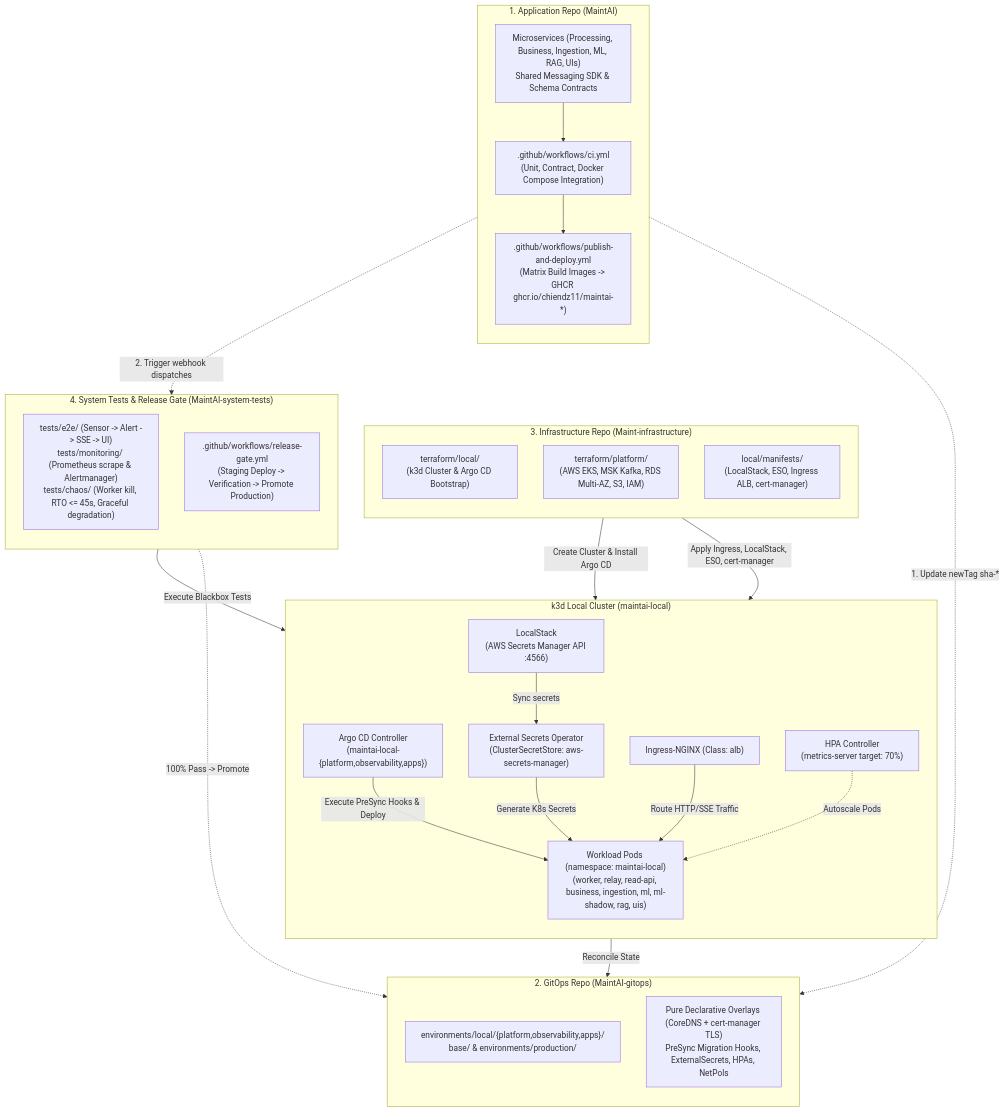
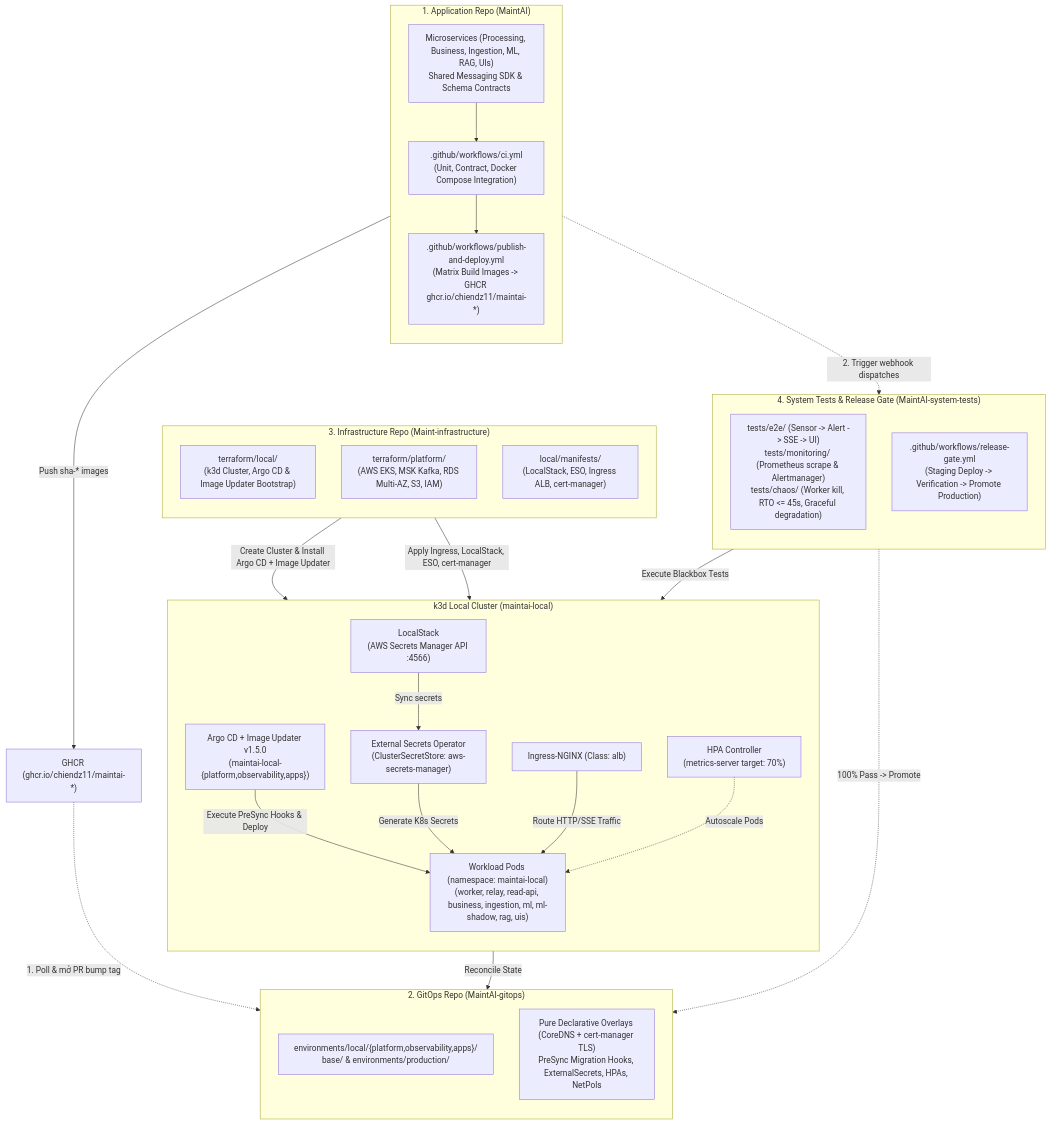
One commit to chiendz11/MaintAI changed the first of 3 diagrams in docs/operations/DEVOPS_FRAMEWORK_AND_OPERATIONS_GUIDE.md. Above: the diagram before and after it, drawn with Mermaid. The commit also changed other lines of this file and 6 other files, not shown here.

````diff
--- a/docs/operations/DEVOPS_FRAMEWORK_AND_OPERATIONS_GUIDE.md
+++ b/docs/operations/DEVOPS_FRAMEWORK_AND_OPERATIONS_GUIDE.md
@@ -13,54 +13,55 @@
 ```mermaid
 flowchart TB
     subgraph RepoApp["1. Application Repo (MaintAI)"]
         direction TB
         Src["Microservices (Processing, Business, Ingestion, ML, RAG, UIs)<br/>Shared Messaging SDK & Schema Contracts"]
         CI_Workflow[".github/workflows/ci.yml<br/>(Unit, Contract, Docker Compose Integration)"]
         CD_Workflow[".github/workflows/publish-and-deploy.yml<br/>(Matrix Build Images -> GHCR ghcr.io/chiendz11/maintai-*)"]
         
         Src --> CI_Workflow --> CD_Workflow
     end
 
     subgraph RepoGitOps["2. GitOps Repo (MaintAI-gitops)"]
         direction TB
         LocalEnv["environments/local/{platform,observability,apps}/<br/>base/ & environments/production/"]
         Workloads["Pure Declarative Overlays (CoreDNS + cert-manager TLS)<br/>PreSync Migration Hooks, ExternalSecrets, HPAs, NetPols"]
     end
 
     subgraph RepoInfras["3. Infrastructure Repo (Maint-infrastructure)"]
         direction TB
-        TF_Local["terraform/local/<br/>(k3d Cluster & Argo CD Bootstrap)"]
+        TF_Local["terraform/local/<br/>(k3d Cluster, Argo CD & Image Updater Bootstrap)"]
         TF_Prod["terraform/platform/<br/>(AWS EKS, MSK Kafka, RDS Multi-AZ, S3, IAM)"]
         LocalManifests["local/manifests/<br/>(LocalStack, ESO, Ingress ALB, cert-manager)"]
     end
 
     subgraph RepoSysTests["4. System Tests & Release Gate (MaintAI-system-tests)"]
         direction TB
         SysTests["tests/e2e/ (Sensor -> Alert -> SSE -> UI)<br/>tests/monitoring/ (Prometheus scrape & Alertmanager)<br/>tests/chaos/ (Worker kill, RTO <= 45s, Graceful degradation)"]
         ReleaseGateWorkflow[".github/workflows/release-gate.yml<br/>(Staging Deploy -> Verification -> Promote Production)"]
     end
 
     subgraph K3dCluster["k3d Local Cluster (maintai-local)"]
         direction TB
-        ArgoCD["Argo CD Controller<br/>(maintai-local-{platform,observability,apps})"]
+        ArgoCD["Argo CD + Image Updater v1.5.0<br/>(maintai-local-{platform,observability,apps})"]
         ESO["External Secrets Operator<br/>(ClusterSecretStore: aws-secrets-manager)"]
         LocalStack["LocalStack<br/>(AWS Secrets Manager API :4566)"]
         Ingress["Ingress-NGINX (Class: alb)"]
         AppPods["Workload Pods (namespace: maintai-local)<br/>(worker, relay, read-api, business, ingestion, ml, ml-shadow, rag, uis)"]
         HPA["HPA Controller<br/>(metrics-server target: 70%)"]
     end
 
-    CD_Workflow -.->|1. Update newTag sha-*| LocalEnv
+    CD_Workflow -->|Push sha-* images| GHCR["GHCR (ghcr.io/chiendz11/maintai-*)"]
+    GHCR -.->|1. Poll & mở PR bump tag| LocalEnv
     CD_Workflow -.->|2. Trigger webhook dispatches| ReleaseGateWorkflow
-    TF_Local -->|Create Cluster & Install Argo CD| K3dCluster
+    TF_Local -->|Create Cluster & Install Argo CD + Image Updater| K3dCluster
     LocalManifests -->|Apply Ingress, LocalStack, ESO, cert-manager| K3dCluster
 
     ArgoCD -->|Reconcile State| LocalEnv
     ArgoCD -->|Execute PreSync Hooks & Deploy| AppPods
     LocalStack -->|Sync secrets| ESO -->|Generate K8s Secrets| AppPods
     Ingress -->|Route HTTP/SSE Traffic| AppPods
     HPA -.->|Autoscale Pods| AppPods
     
     ReleaseGateWorkflow -->|Execute Blackbox Tests| AppPods
     ReleaseGateWorkflow -.->|100% Pass -> Promote| LocalEnv
 ```
````
